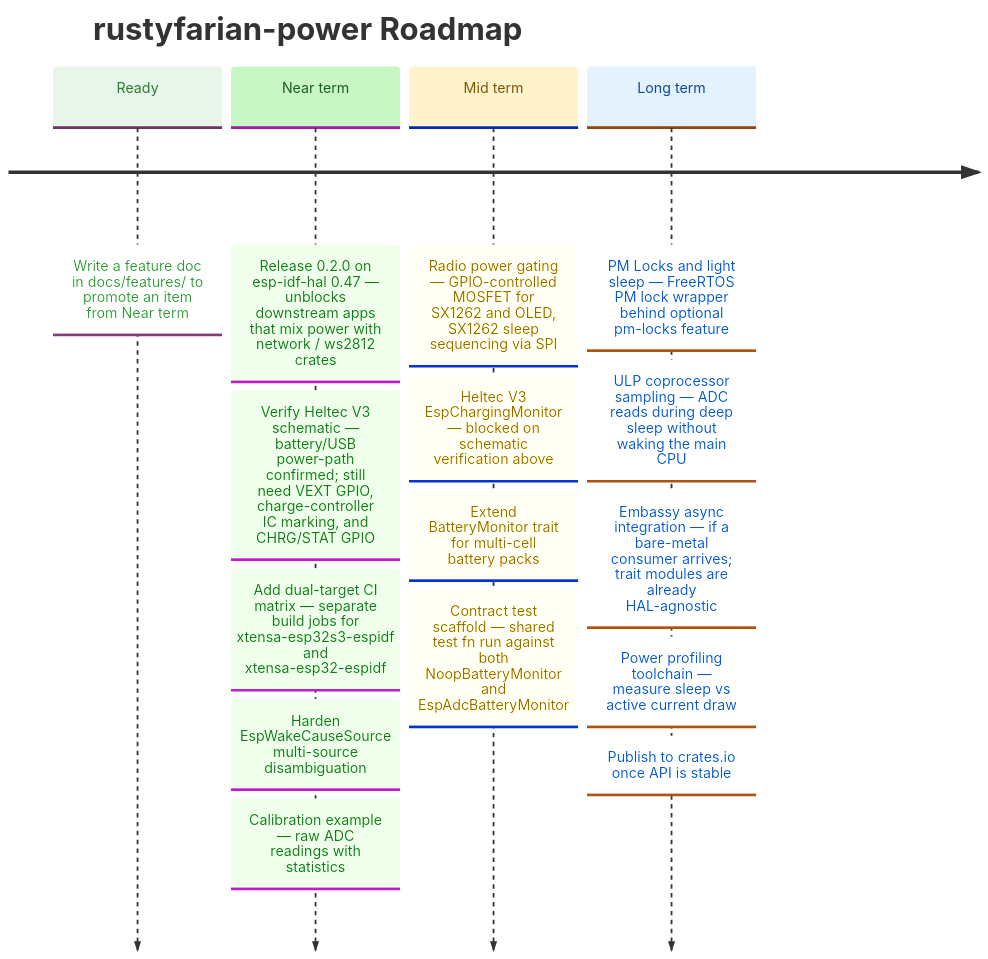
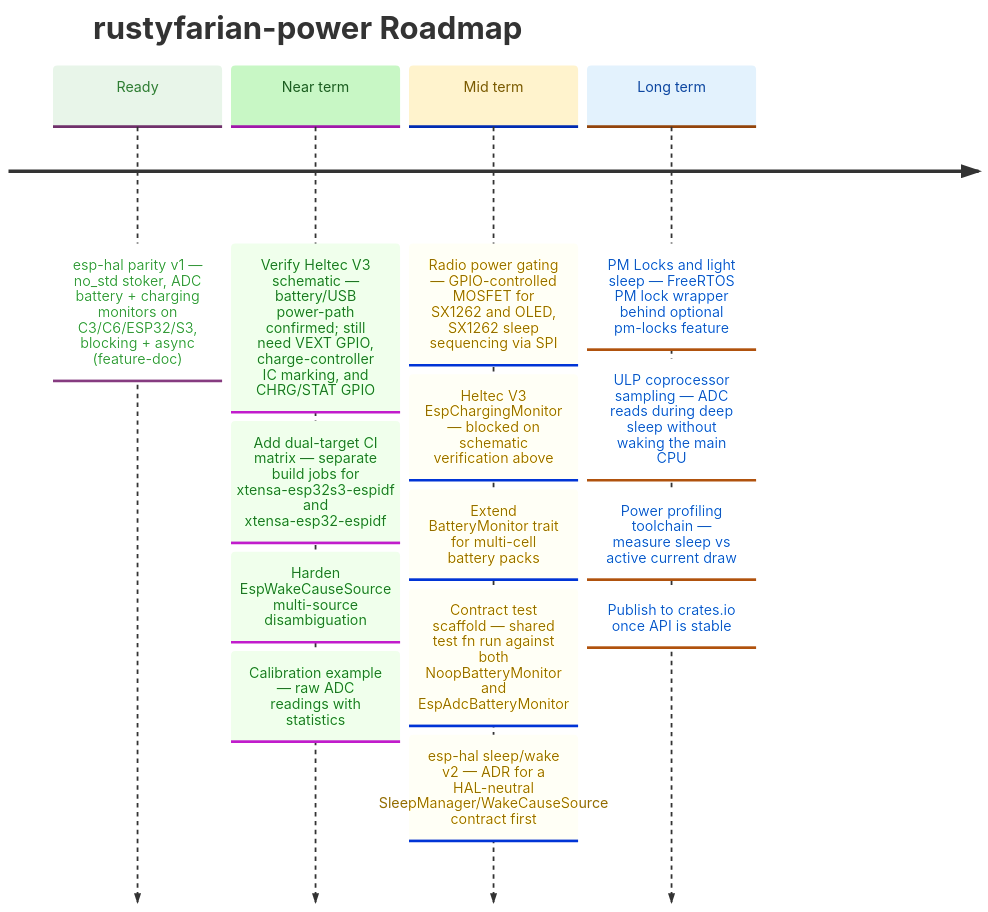
Before and after one commit to datenkollektiv/rustyfarian-power: the diagram in docs/ROADMAP.md, drawn with Mermaid. The commit also changed other lines of this file and 1 other file, not shown here.

Commit message:
Update roadmap and add esp-hal parity feature documentation

````diff
--- a/docs/ROADMAP.md
+++ b/docs/ROADMAP.md
@@ -11,37 +11,36 @@
 ```mermaid
 %%{init: {
   "theme": "base",
   "themeVariables": {
     "cScale0": "#e8f5e9",
     "cScaleLabel0": "#2e7d32",
     "cScale1": "#c8f7c5",
     "cScaleLabel1": "#1b5e20",
     "cScale2": "#fff3cd",
     "cScaleLabel2": "#7a5a00",
     "cScale3": "#e3f2fd",
     "cScaleLabel3": "#0d47a1"
   }
 }}%%
 
 timeline
     title rustyfarian-power Roadmap
 
-    Ready     : Write a feature doc in docs/features/ to promote an item from Near term
+    Ready     : esp-hal parity v1 — no_std stoker, ADC battery + charging monitors on C3/C6/ESP32/S3, blocking + async (feature-doc)
 
-    Near term : Release 0.2.0 on esp-idf-hal 0.47 — unblocks downstream apps that mix power with network / ws2812 crates
-              : Verify Heltec V3 schematic — battery/USB power-path confirmed; still need VEXT GPIO, charge-controller IC marking, and CHRG/STAT GPIO
+    Near term : Verify Heltec V3 schematic — battery/USB power-path confirmed; still need VEXT GPIO, charge-controller IC marking, and CHRG/STAT GPIO
               : Add dual-target CI matrix — separate build jobs for xtensa-esp32s3-espidf and xtensa-esp32-espidf
               : Harden EspWakeCauseSource multi-source disambiguation
               : Calibration example — raw ADC readings with statistics
 
     Mid term  : Radio power gating — GPIO-controlled MOSFET for SX1262 and OLED, SX1262 sleep sequencing via SPI
               : Heltec V3 EspChargingMonitor — blocked on schematic verification above
               : Extend BatteryMonitor trait for multi-cell battery packs
               : Contract test scaffold — shared test fn run against both NoopBatteryMonitor and EspAdcBatteryMonitor
+              : esp-hal sleep/wake v2 — ADR for a HAL-neutral SleepManager/WakeCauseSource contract first
 
     Long term : PM Locks and light sleep — FreeRTOS PM lock wrapper behind optional pm-locks feature
               : ULP coprocessor sampling — ADC reads during deep sleep without waking the main CPU
-              : Embassy async integration — if a bare-metal consumer arrives; trait modules are already HAL-agnostic
               : Power profiling toolchain — measure sleep vs active current draw
               : Publish to crates.io once API is stable
 ```
````
